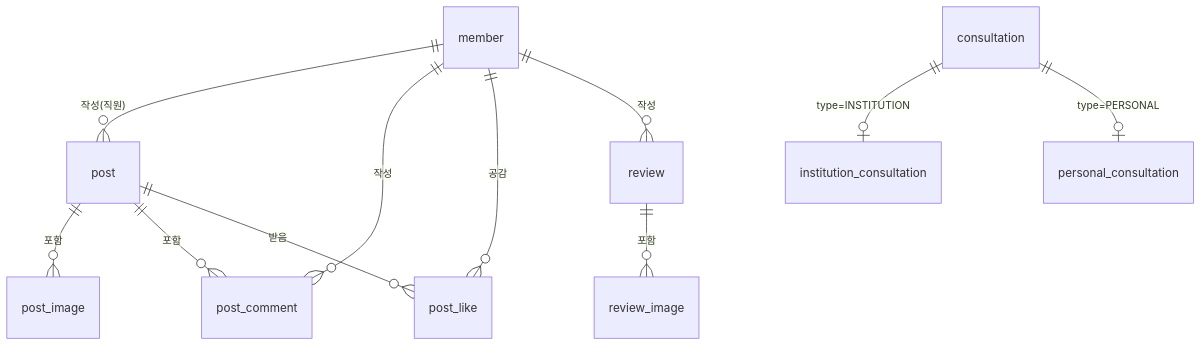
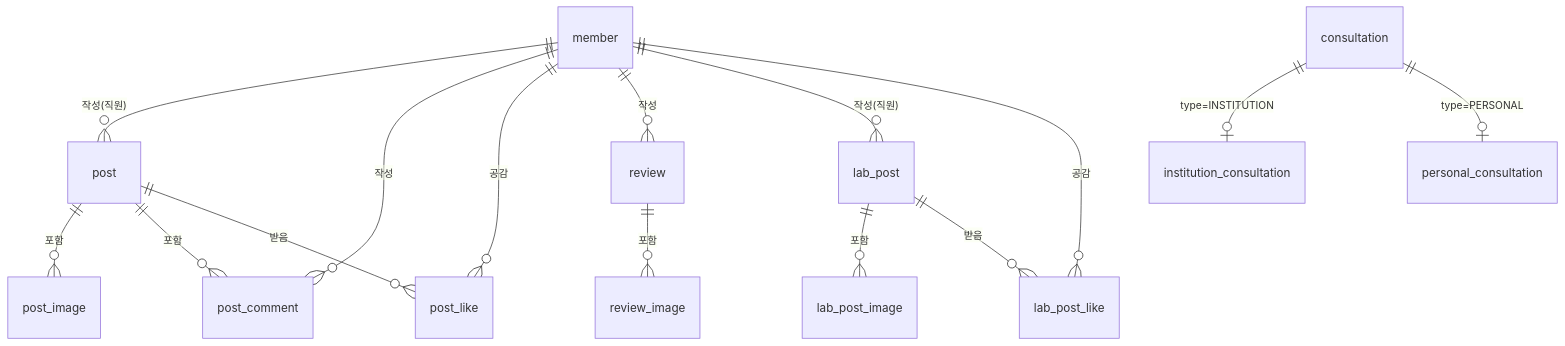
Before and after one commit to Hi-Imjaeyoung/MongKids: the diagram in back/docs/schema.md, drawn with Mermaid. The commit also changed other lines of this file and 5 other files, not shown here.

````diff
--- a/back/docs/schema.md
+++ b/back/docs/schema.md
@@ -20,13 +20,17 @@
 ```mermaid
 erDiagram
 	member ||--o{ post : "작성(직원)"
 	member ||--o{ post_comment : 작성
 	member ||--o{ post_like : 공감
 	member ||--o{ review : 작성
 	post ||--o{ post_image : 포함
 	post ||--o{ post_comment : 포함
 	post ||--o{ post_like : 받음
+	member ||--o{ lab_post : "작성(직원)"
+	member ||--o{ lab_post_like : 공감
+	lab_post ||--o{ lab_post_image : 포함
+	lab_post ||--o{ lab_post_like : 받음
 	review ||--o{ review_image : 포함
 	consultation ||--o| institution_consultation : "type=INSTITUTION"
 	consultation ||--o| personal_consultation : "type=PERSONAL"
 ```
````
